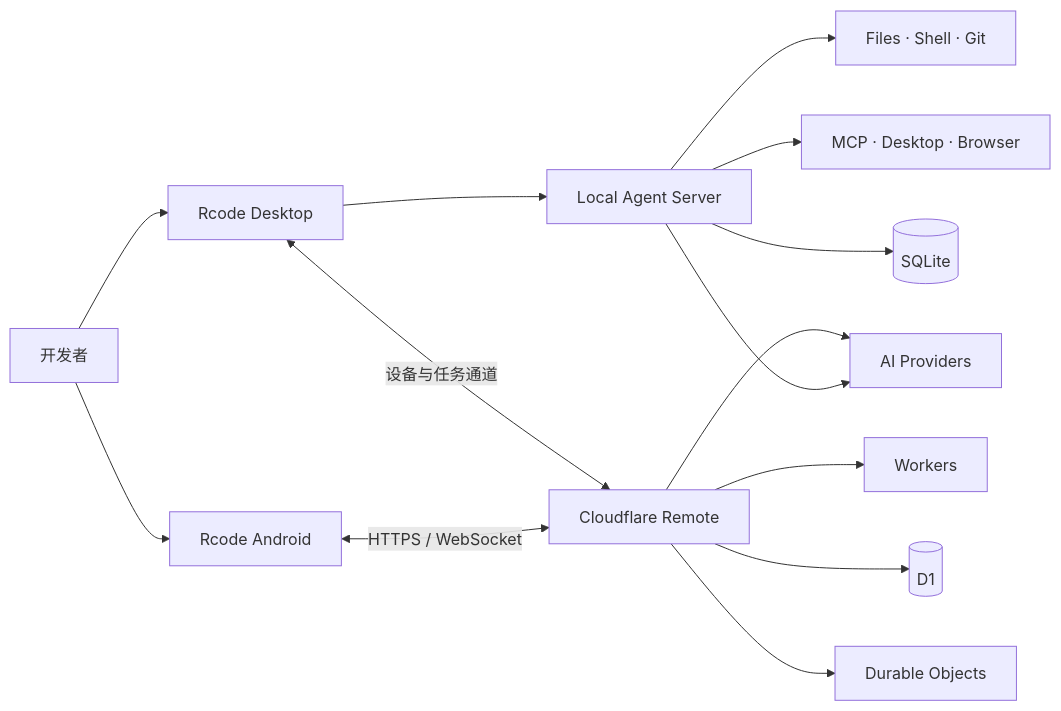
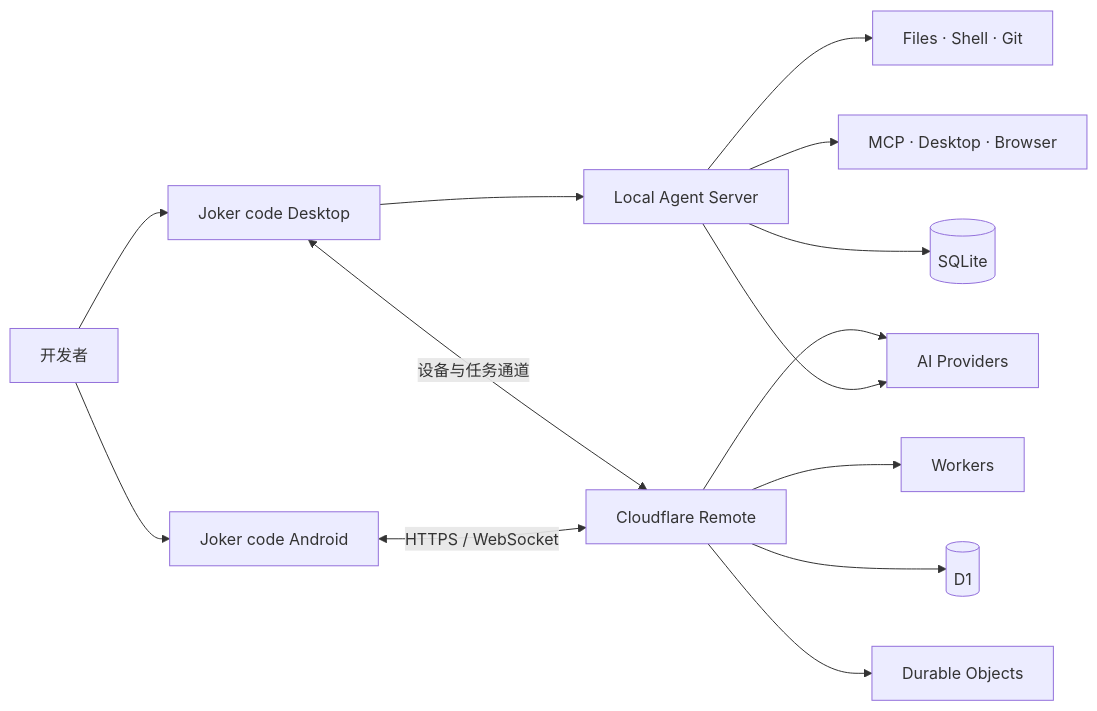
Before and after one commit to kdczyz/Joker: the diagram in README.zh-CN.md, drawn with Mermaid. The commit also changed other lines of this file and 2372 other files, not shown here.

First line of the commit message:
refactor: rename Rcode → Joker

````diff
--- a/README.zh-CN.md
+++ b/README.zh-CN.md
@@ -53,18 +53,18 @@
 ```mermaid
 flowchart LR
-    U[开发者] --> D[Rcode Desktop]
-    U --> M[Rcode Android]
+    U[开发者] --> D[Joker code Desktop]
+    U --> M[Joker code Android]
 
     D --> A[Local Agent Server]
     A --> P[AI Providers]
     A --> T[Files · Shell · Git]
     A --> X[MCP · Desktop · Browser]
     A --> S[(SQLite)]
 
     M <-->|HTTPS / WebSocket| C[Cloudflare Remote]
     D <-->|设备与任务通道| C
     C --> W[Workers]
     C --> DB[(D1)]
     C --> DO[Durable Objects]
     C --> P
 ```
````
